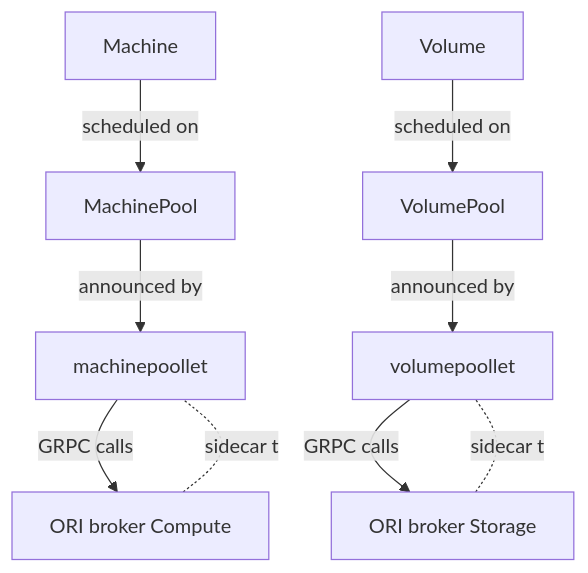
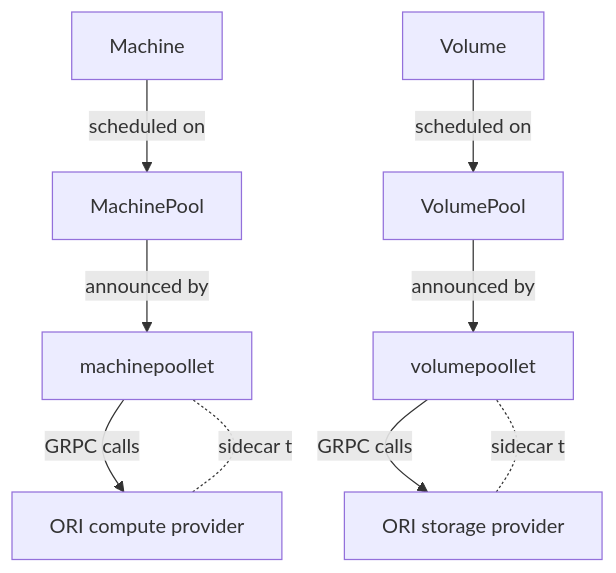
One commit to ironcore-dev/ironcore changed the second of 2 diagrams in docs/concepts/ori.md. Above: the diagram before and after it, drawn with Mermaid. The commit also changed other lines of this file, not shown here.

Commit message:
Update ORI concept documentation

````diff
--- a/docs/concepts/ori.md
+++ b/docs/concepts/ori.md
@@ -102,11 +48,11 @@
 ```mermaid
 graph TB
     A[Machine] -- scheduled on --> B[MachinePool]
     C[Volume] -- scheduled on --> D[VolumePool]
     B -- announced by --> E[machinepoollet]
     D -- announced by --> F[volumepoollet]
-    E -- GRPC calls --> G[ORI broker Compute]
-    F -- GRPC calls --> H[ORI broker Storage]
+    E -- GRPC calls --> G[ORI compute provider]
+    F -- GRPC calls --> H[ORI storage provider]
     G -.sidecar to.- E
     H -.sidecar to.- F
 ```
````
